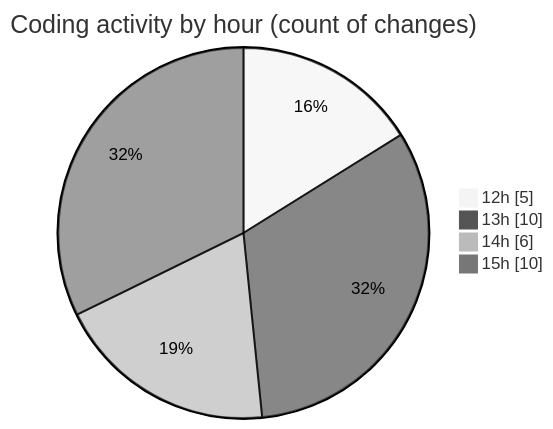
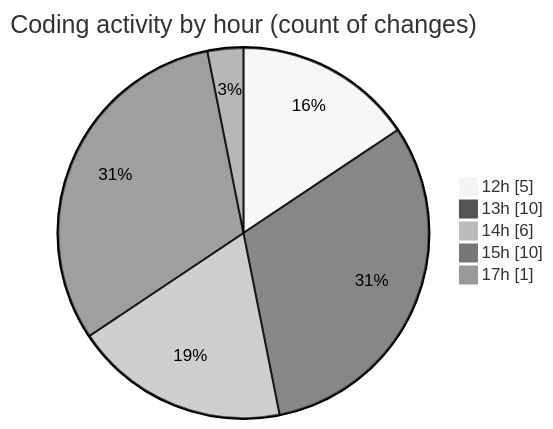
The second of 2 diagrams in 2025-11-21/cda/README.md (momahboobian/code-tracking), drawn with Mermaid (neutral theme) before and after one commit. The commit also changed other lines of this file and 1 other file, not shown here.

````diff
--- a/2025-11-21/cda/README.md
+++ b/2025-11-21/cda/README.md
@@ -34,8 +36,9 @@
 ```mermaid
 pie showData
 title Coding activity by hour (count of changes)
 "12h" : 5
 "13h" : 10
 "14h" : 6
 "15h" : 10
+"17h" : 1
 ```
````
